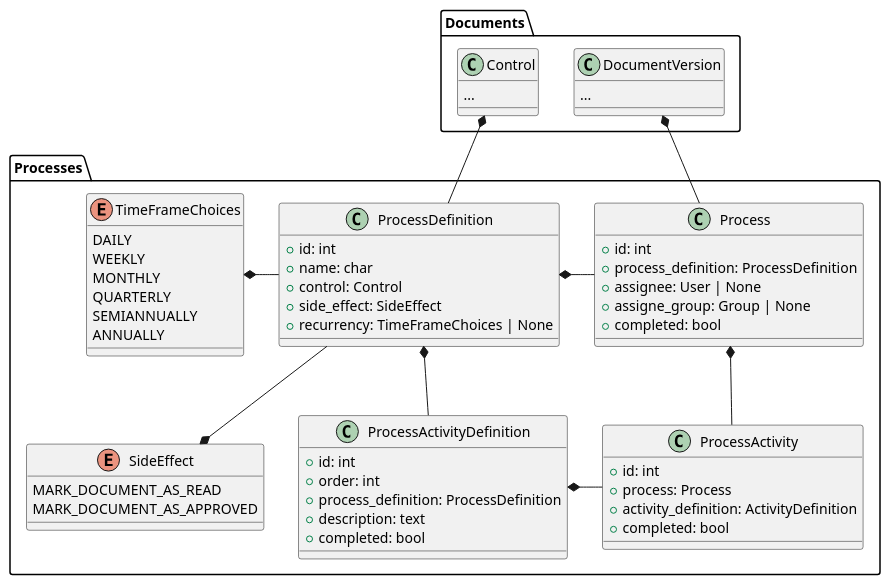
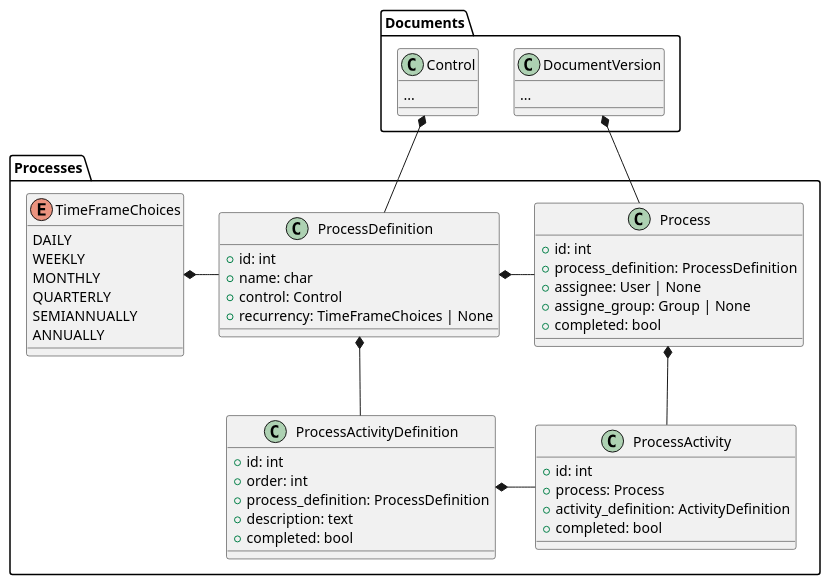
The fourth of 4 diagrams in docs/rfc/InitialModellingRFC.md (Gabo-araya/sgsi_ext), drawn with PlantUML before and after one commit. The commit also changed other lines of this file and 59 other files, not shown here.

````diff
--- a/docs/rfc/InitialModellingRFC.md
+++ b/docs/rfc/InitialModellingRFC.md
@@ -187,61 +186,55 @@
 ```plantuml
 package Processes {
     class ProcessDefinition {
         + id: int
         + name: char
         + control: Control
-        + side_effect: SideEffect
         + recurrency: TimeFrameChoices | None
     }
     class Process {
         + id: int
         + process_definition: ProcessDefinition
         + assignee: User | None
         + assigne_group: Group | None
         + completed: bool
     }
     class ProcessActivityDefinition {
         + id: int
         + order: int
         + process_definition: ProcessDefinition
         + description: text
         + completed: bool
     }
     class ProcessActivity {
         + id: int
         + process: Process
         + activity_definition: ActivityDefinition
         + completed: bool
     }
-    enum SideEffect {
-        MARK_DOCUMENT_AS_READ
-        MARK_DOCUMENT_AS_APPROVED
-    }
     enum TimeFrameChoices {
         DAILY
         WEEKLY
         MONTHLY
         QUARTERLY
         SEMIANNUALLY
         ANNUALLY
     }
 }
 
 class Documents.Control {
     ...
 }
 
 class Documents.DocumentVersion {
     ...
 }
 
 
-Processes.ProcessDefinition --* Processes.SideEffect
 Processes.ProcessDefinition -up-* Documents.Control
 Processes.ProcessDefinition -left* Processes.TimeFrameChoices
 Processes.Process -up-* Documents.DocumentVersion
 Processes.Process -left* Processes.ProcessDefinition
 Processes.ProcessActivityDefinition --* Processes.ProcessDefinition
 Processes.ProcessActivity -* Processes.ProcessActivityDefinition
 Processes.ProcessActivity -up-* Processes.Process
 ```
````
